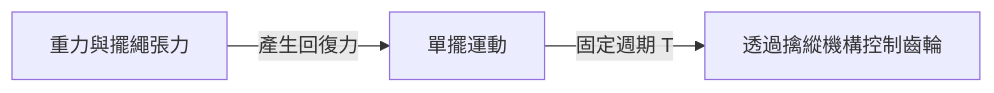
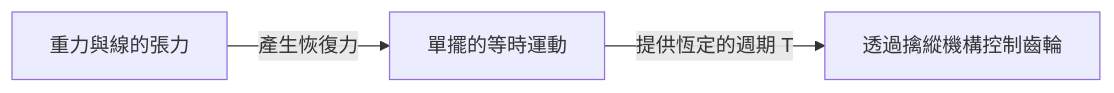
One commit to kenjinote/blog changed the second of 3 diagrams in content/post/history-of-timekeeping-technology/index.zh-tw.md. Above: the diagram before and after it, drawn with Mermaid. The commit also changed other lines of this file and 129 other files, not shown here.

````diff
--- a/content/post/history-of-timekeeping-technology/index.zh-tw.md
+++ b/content/post/history-of-timekeeping-technology/index.zh-tw.md
@@ -36,5 +41,5 @@
 ```mermaid
 graph LR
-    A["重力與擺繩張力"] -- "產生回復力" --> B["單擺運動"]
-    B -- "固定週期 T" --> C["透過擒縱機構控制齒輪"]
+    A["重力與線的張力"] -- "產生恢復力" --> B["單擺的等時運動"]
+    B -- "提供恆定的週期 T" --> C["透過擒縱機構控制齒輪"]
 ```
````
